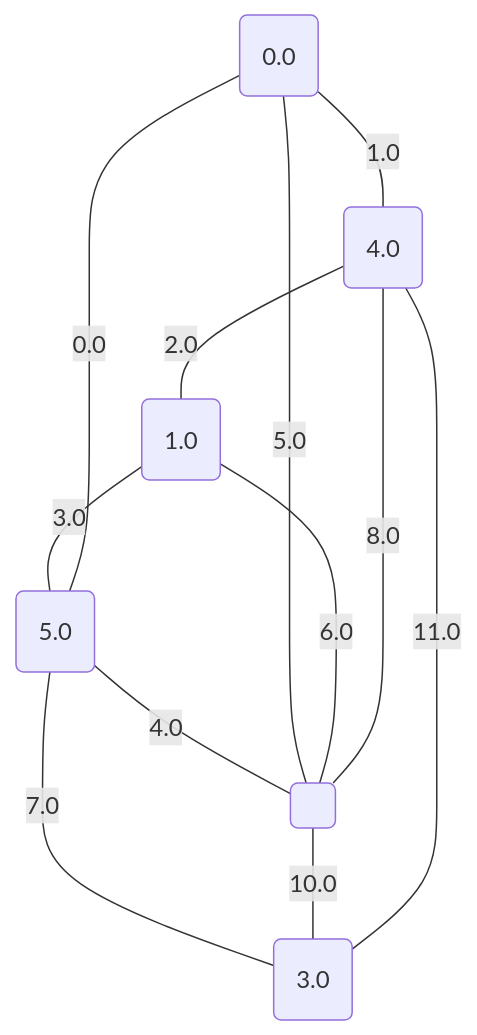
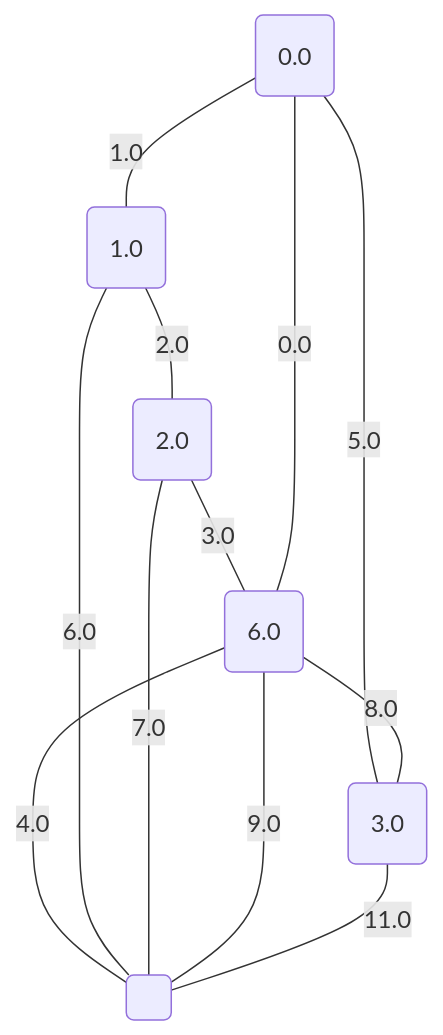
The ninth of 17 diagrams in project/src/testing/minCutPetersen.md (metury/graphs), drawn with Mermaid before and after one commit. The commit also changed other lines of this file and 2 other files, not shown here.

````diff
--- a/project/src/testing/minCutPetersen.md
+++ b/project/src/testing/minCutPetersen.md
@@ -243,20 +243,20 @@
 ```mermaid
 graph TD;
 0("0.0");
 1("1.0");
-2("3.0");
-3("4.0");
-4("5.0");
+2("2.0");
+3("3.0");
+4("6.0");
 5(" ");
 	4 -- "0.0" --- 0;
-	0 -- "1.0" --- 3;
-	3 -- "2.0" --- 1;
-	1 -- "3.0" --- 4;
+	0 -- "1.0" --- 1;
+	1 -- "2.0" --- 2;
+	2 -- "3.0" --- 4;
 	4 -- "4.0" --- 5;
-	0 -- "5.0" --- 5;
+	0 -- "5.0" --- 3;
 	1 -- "6.0" --- 5;
-	4 -- "7.0" --- 2;
-	5 -- "8.0" --- 3;
-	5 -- "10.0" --- 2;
-	3 -- "11.0" --- 2;
+	2 -- "7.0" --- 5;
+	4 -- "8.0" --- 3;
+	4 -- "9.0" --- 5;
+	3 -- "11.0" --- 5;
 ```
````
